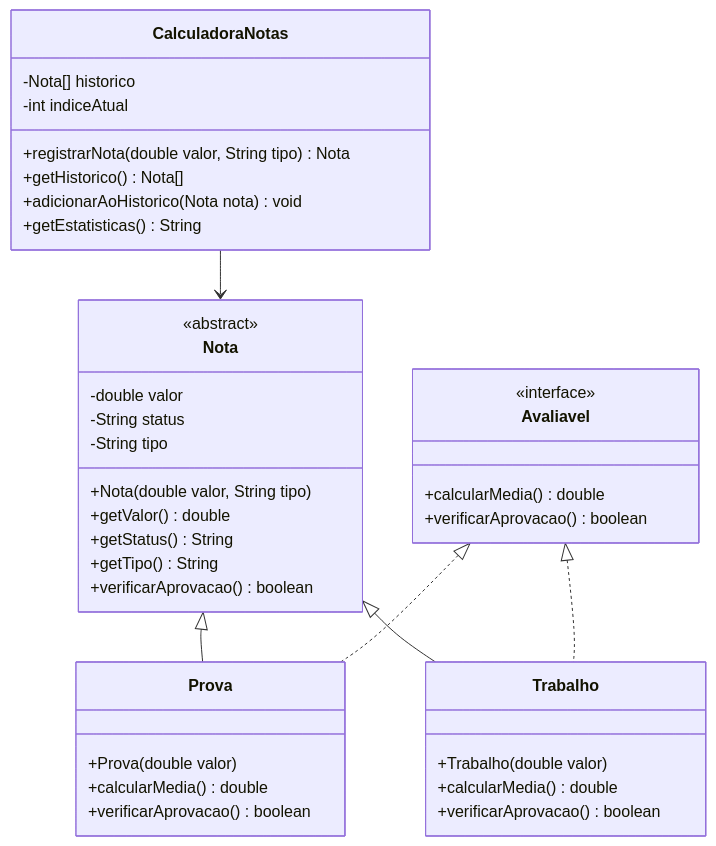
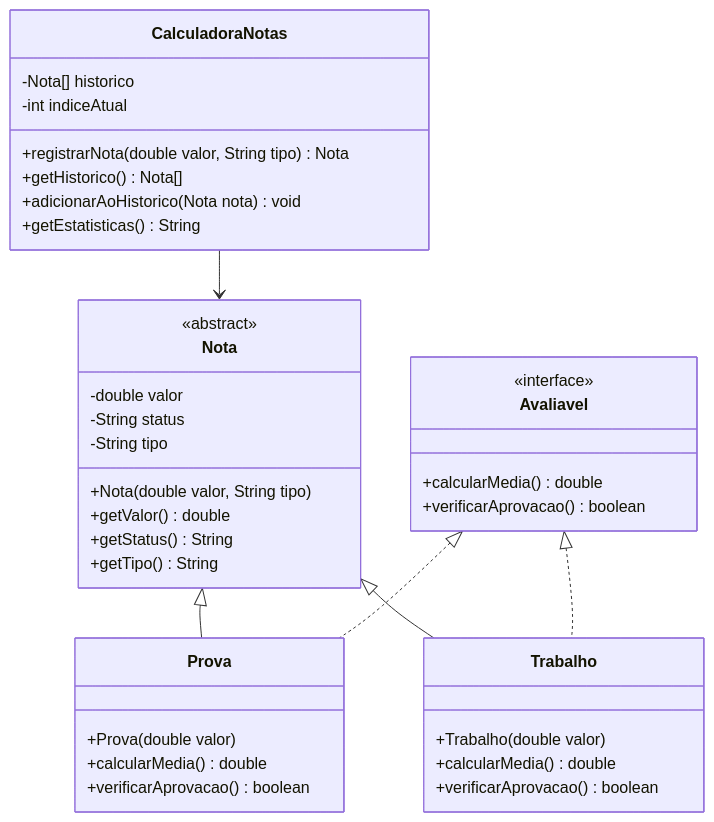
One commit to profmatheusrosa/ETB-LTP1 changed the diagram in projetos/projetoA2/projetoA2e.md. Above: the diagram before and after it, drawn with Mermaid. The commit also changed other lines of this file and 4 other files, not shown here.

````diff
--- a/projetos/projetoA2/projetoA2e.md
+++ b/projetos/projetoA2/projetoA2e.md
@@ -149,47 +145,46 @@
 ```mermaid
 classDiagram
     class Nota {
         <<abstract>>
         -double valor
         -String status
         -String tipo
         +Nota(double valor, String tipo)
         +getValor() double
         +getStatus() String
         +getTipo() String
-        +verificarAprovacao() boolean
     }
 
     class Avaliavel {
         <<interface>>
         +calcularMedia() double
         +verificarAprovacao() boolean
     }
 
     class Prova {
         +Prova(double valor)
         +calcularMedia() double
         +verificarAprovacao() boolean
     }
 
     class Trabalho {
         +Trabalho(double valor)
         +calcularMedia() double
         +verificarAprovacao() boolean
     }
 
     class CalculadoraNotas {
         -Nota[] historico
         -int indiceAtual
         +registrarNota(double valor, String tipo) Nota
         +getHistorico() Nota[]
         +adicionarAoHistorico(Nota nota) void
         +getEstatisticas() String
     }
 
     Nota <|-- Prova
     Nota <|-- Trabalho
     Avaliavel <|.. Prova
     Avaliavel <|.. Trabalho
     CalculadoraNotas --> Nota
 ```
````
